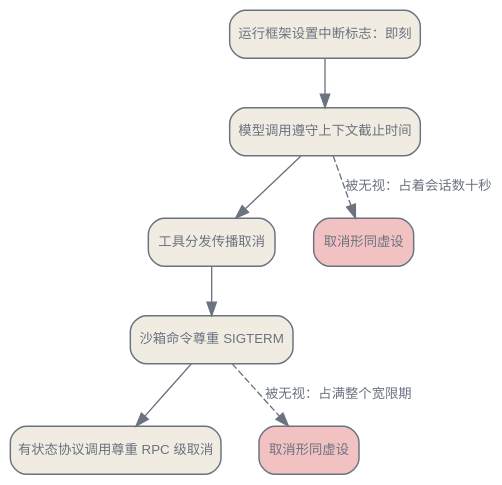
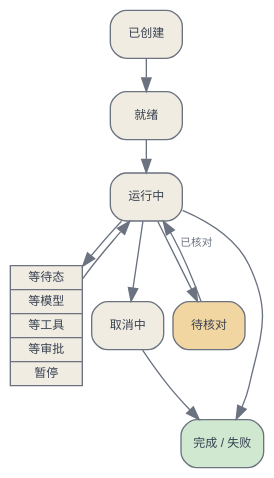
The diagram in zh/orchestration/05-the-harness.qmd (latere-ai/ai-as-an-infrastructure), drawn with Graphviz before and after one commit. The commit also changed other lines of this file and 2 other files, not shown here.

Commit message:
docs: rewrite Chinese harness chapter

````diff
--- a/zh/orchestration/05-the-harness.qmd
+++ b/zh/orchestration/05-the-harness.qmd
@@ -63,28 +64,27 @@
 ```{dot}
-//| label: fig-harness-cancel-cascade
-//| fig-cap: "取消级联。中断标志是即刻的，但取消只有在每一个下游跳都遵守它之后才生效。一个不配合的跳就限定了整个结果，所以悬挂的延迟标出了取消在何处形同虚设。"
+//| label: fig-harness-state-machine
+//| fig-cap: “运行框架的状态机。等待和结果核对都是明确状态，不是输出流里的空白。”
 digraph {
     bgcolor="transparent";
     rankdir=TB;
-    nodesep=0.4; ranksep=0.5;
-    node [shape=box, style="rounded,filled", fontname="Helvetica", fontsize=10, color="#6b7280", fontcolor="#6b7280", fillcolor="#f1ece1", penwidth=1.1];
-    edge [fontsize=10, fontname="Helvetica", color="#6b7280", fontcolor="#6b7280"];
+    nodesep=0.10;
+    ranksep=0.32;
+    node [shape=box, style="rounded,filled", fontname="Helvetica", fontsize=9, color="#6b7280", fontcolor="#374151", fillcolor="#f1ece1"];
+    edge [fontname="Helvetica", fontsize=8, color="#6b7280", fontcolor="#6b7280"];
 
-    FLAG [label="运行框架设置中断标志：即刻"];
-    MODEL [label="模型调用遵守上下文截止时间"];
-    TOOL [label="工具分发传播取消"];
-    SBX [label="沙箱命令尊重 SIGTERM"];
-    RPC [label="有状态协议调用尊重 RPC 级取消"];
+    C [label="已创建"];
+    R [label="就绪"];
+    X [label="运行中"];
+    W [shape=record, style="filled", label="{等待态|等模型|等工具|等审批|暂停}"];
+    K [label="取消中"];
+    Q [label="待核对", fillcolor="#f2d6a2"];
+    D [label="完成 / 失败", fillcolor="#cfe8cf"];
 
-    FLAG -> MODEL;
-    MODEL -> TOOL;
-    TOOL -> SBX;
-    SBX -> RPC;
-
-    D1 [label="取消形同虚设", fillcolor="#f2c2c2"];
-    D2 [label="取消形同虚设", fillcolor="#f2c2c2"];
-
-    MODEL -> D1 [style=dashed, label="被无视：占着会话数十秒"];
-    SBX -> D2 [style=dashed, label="被无视：占满整个宽限期"];
+    C -> R -> X;
+    X -> W -> X;
+    X -> K -> D;
+    X -> Q;
+    Q -> X [label="已核对"];
+    X -> D;
 }
 ```
````
